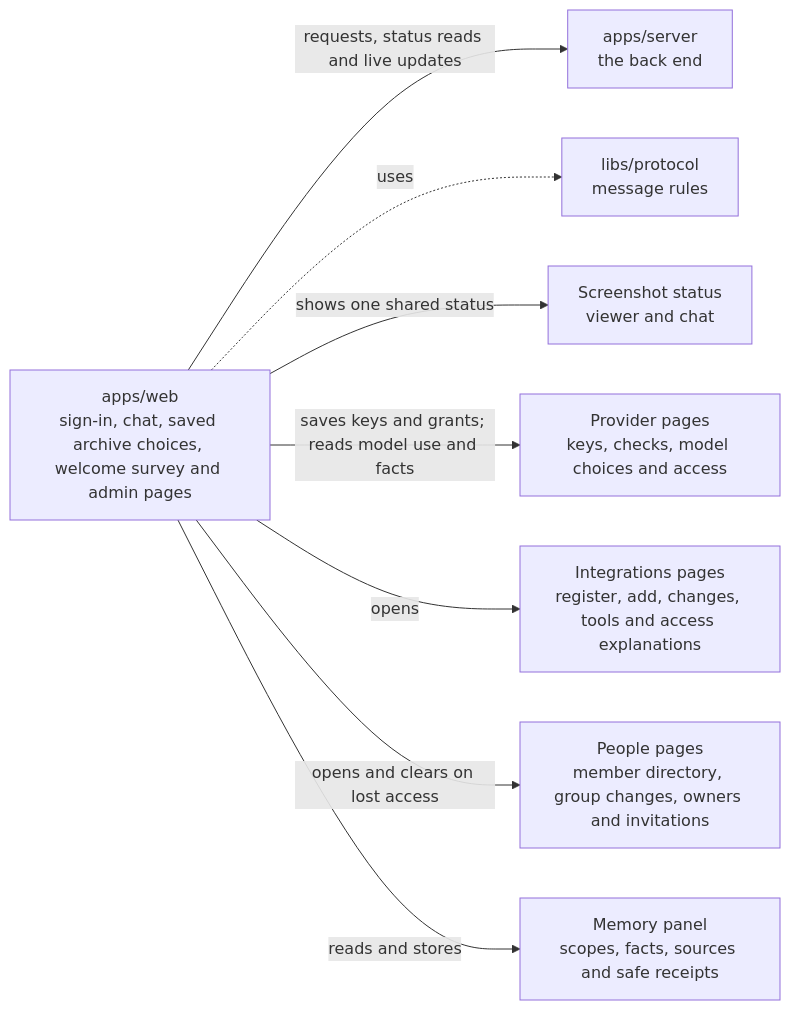
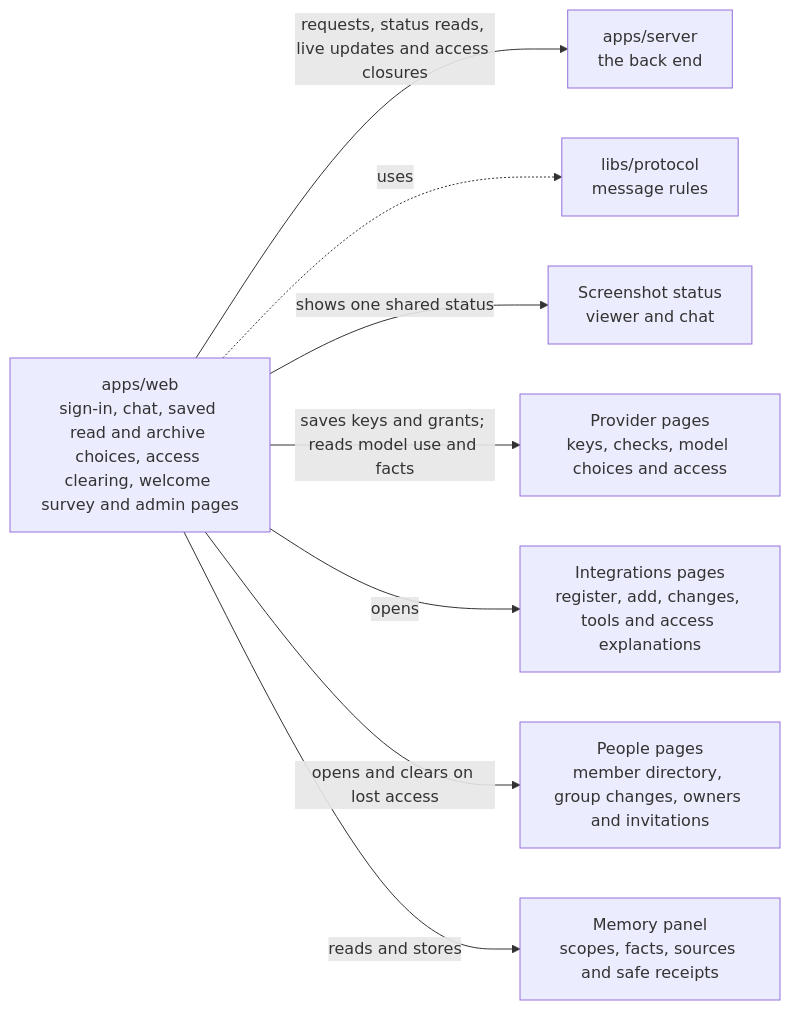
Before and after one commit to elewa-git/opencrane-new: the diagram in apps/web/README.md, drawn with Mermaid. The commit also changed other lines of this file and 31 other files, not shown here.

First line of the commit message:
👀 Chats remember what you have read once you have seen it, and a revoked chat clears at once (#447)

````diff
--- a/apps/web/README.md
+++ b/apps/web/README.md
@@ -11,10 +11,10 @@
 ```mermaid
 flowchart LR
-  web["apps/web<br/>sign-in, chat, saved archive choices, welcome survey and admin pages"] -->|requests, status reads and live updates| server["apps/server<br/>the back end"]
+  web["apps/web<br/>sign-in, chat, saved read and archive choices, access clearing, welcome survey and admin pages"] -->|requests, status reads, live updates and access closures| server["apps/server<br/>the back end"]
   web -.->|uses| protocol["libs/protocol<br/>message rules"]
   web -->|shows one shared status| capture["Screenshot status<br/>viewer and chat"]
   web -->|saves keys and grants; reads model use and facts| providers["Provider pages<br/>keys, checks, model choices and access"]
   web -->|opens| integrations["Integrations pages<br/>register, add, changes, tools and access explanations"]
   web -->|opens and clears on lost access| people["People pages<br/>member directory, group changes, owners and invitations"]
   web -->|reads and stores| memory["Memory panel<br/>scopes, facts, sources and safe receipts"]
 ```
````
